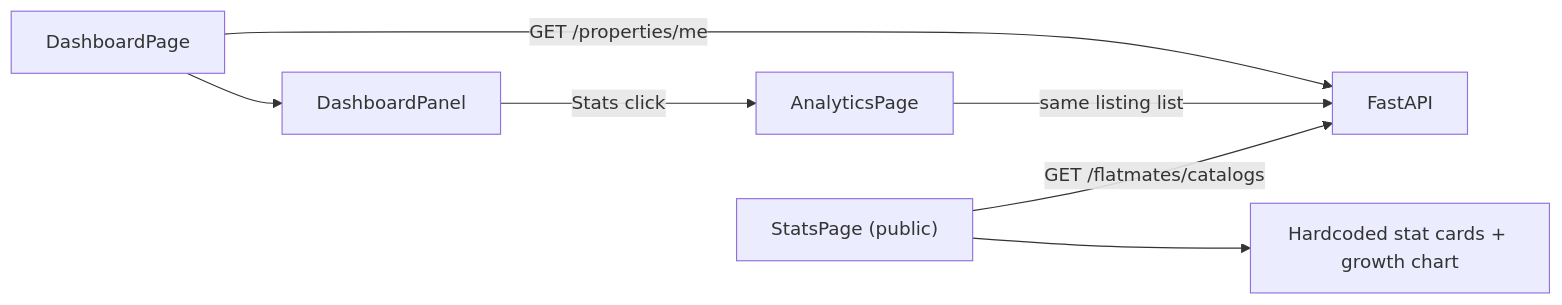
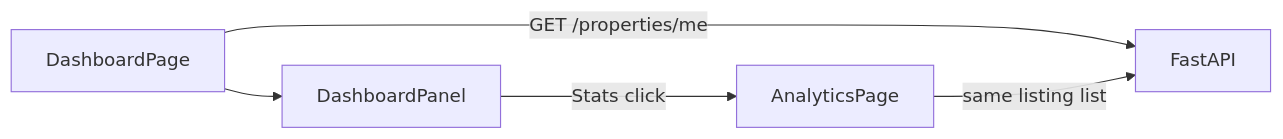
The diagram in .wiki/features/dashboard-analytics.md (360ghar/360-flatmates-web), drawn with Mermaid before and after one commit. The commit also changed other lines of this file and 63 other files, not shown here.

````diff
--- a/.wiki/features/dashboard-analytics.md
+++ b/.wiki/features/dashboard-analytics.md
@@ -64,9 +47,7 @@
 ```mermaid
 graph LR
     D["DashboardPage"] -->|GET /properties/me| B1["FastAPI"]
     D --> DP["DashboardPanel"]
     DP -->|Stats click| A["AnalyticsPage"]
     A -->|same listing list| B1
-    S["StatsPage (public)"] -->|GET /flatmates/catalogs| B1
-    S --> HC["Hardcoded stat cards + growth chart"]
 ```
````
